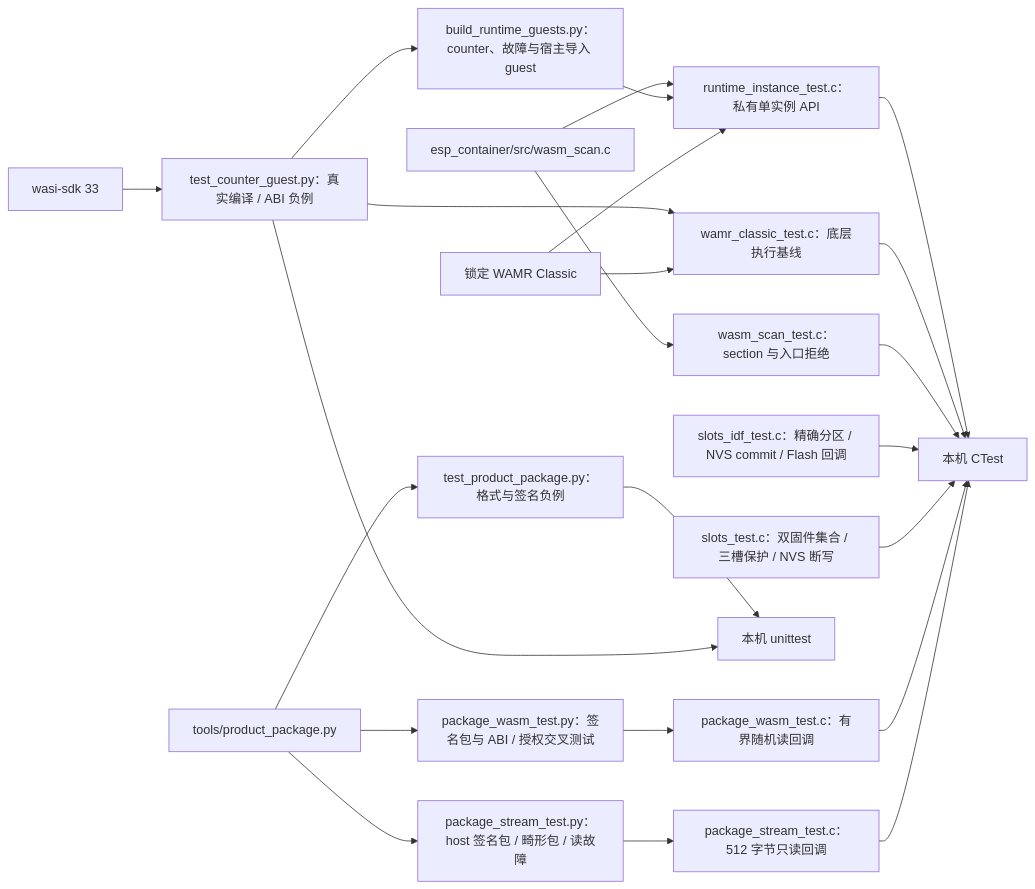
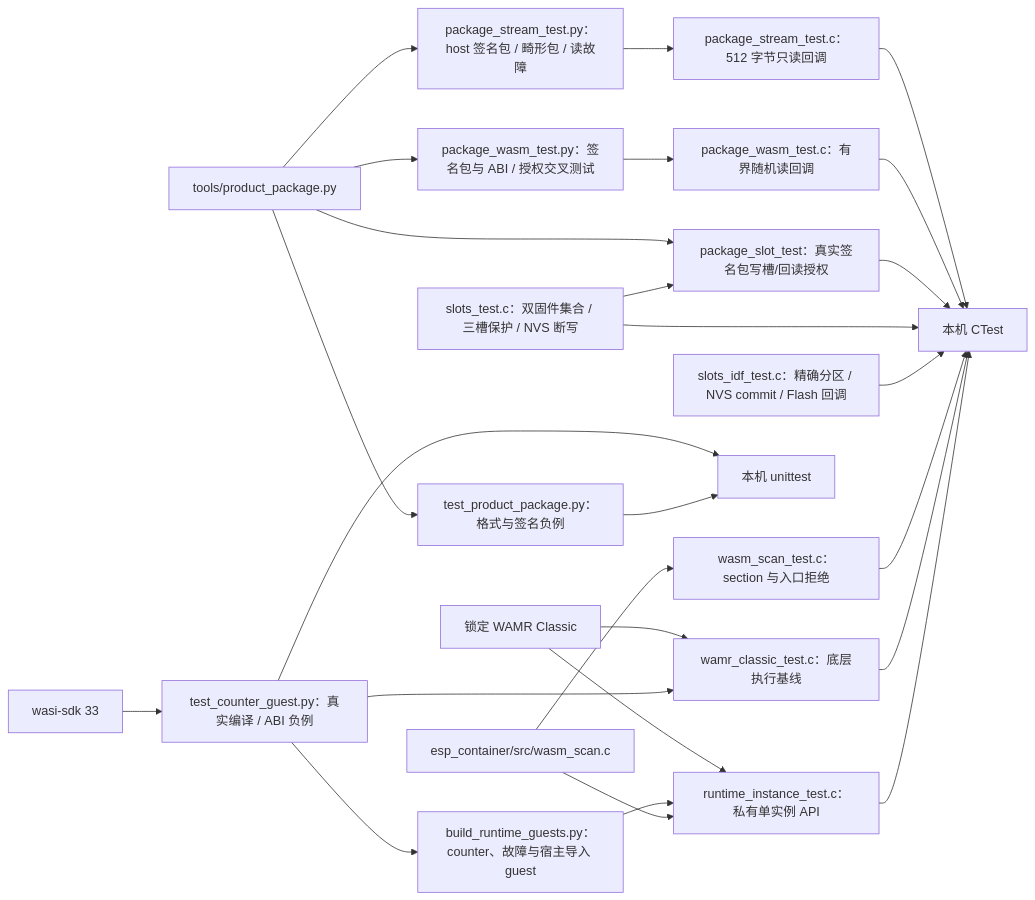
Before and after one commit to darren-you/esp-container: the diagram in tests/README.md, drawn with Mermaid. The commit also changed other lines of this file and 15 other files, not shown here.

````diff
--- a/tests/README.md
+++ b/tests/README.md
@@ -5,25 +5,28 @@
 ```mermaid
 flowchart LR
     package["tools/product_package.py"] --> py["test_product_package.py：格式与签名负例"]
     package --> stream["package_stream_test.py：host 签名包 / 畸形包 / 读故障"]
     stream --> reader["package_stream_test.c：512 字节只读回调"]
     package --> static["package_wasm_test.py：签名包与 ABI / 授权交叉测试"]
     static --> static_reader["package_wasm_test.c：有界随机读回调"]
     reader --> ctest
     static_reader --> ctest
+    package --> slot_admission["package_slot_test：真实签名包写槽/回读授权"]
+    slots --> slot_admission
+    slot_admission --> ctest
     slots["slots_test.c：双固件集合 / 三槽保护 / NVS 断写"] --> ctest
     idf_slots["slots_idf_test.c：精确分区 / NVS commit / Flash 回调"] --> ctest
     scanner["esp_container/src/wasm_scan.c"] --> c["wasm_scan_test.c：section 与入口拒绝"]
     wasi["wasi-sdk 33"] --> guest["test_counter_guest.py：真实编译 / ABI 负例"]
     guest --> host
     wamr["锁定 WAMR Classic"] --> baseline["wamr_classic_test.c：底层执行基线"]
     guest --> baseline
     guest --> fixtures["build_runtime_guests.py：counter、故障与宿主导入 guest"]
     wamr --> instance["runtime_instance_test.c：私有单实例 API"]
     fixtures --> instance
     scanner --> instance
     py --> host["本机 unittest"]
     c --> ctest["本机 CTest"]
     baseline --> ctest
     instance --> ctest
 ```
````
